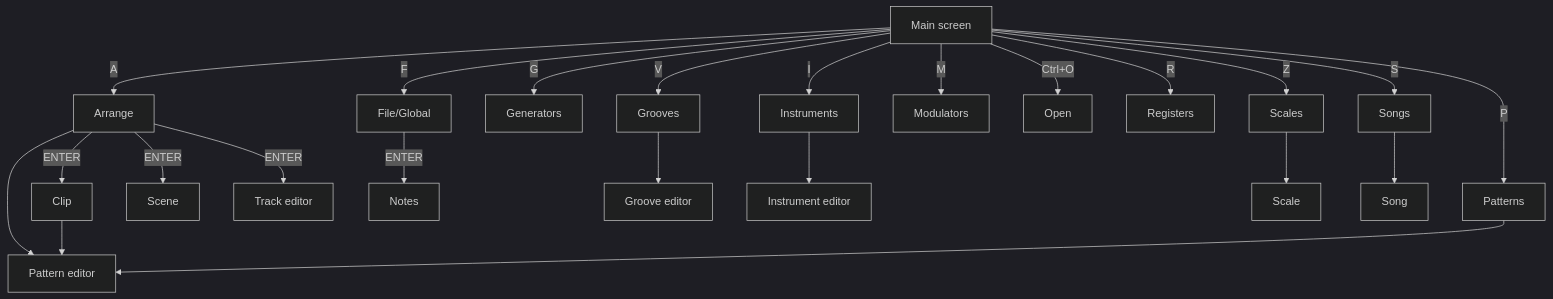
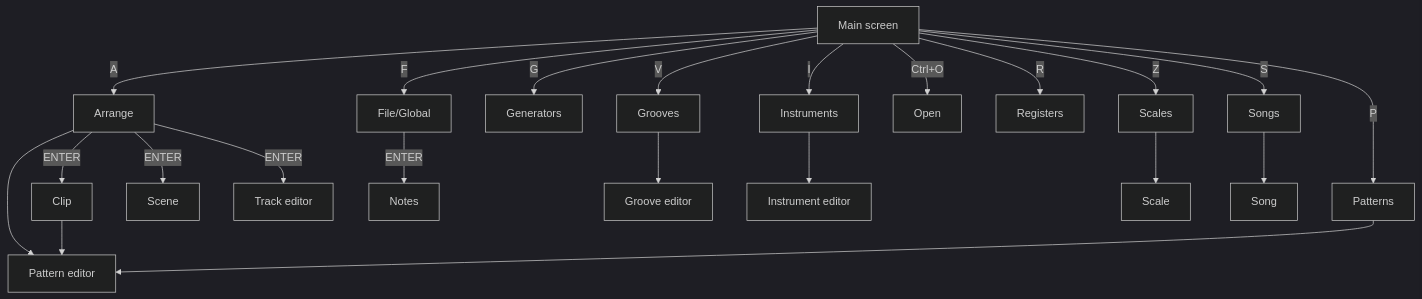
One commit to mpdehaan/llamatron changed the diagram in docs/GETTING_STARTED.md. Above: the diagram before and after it, drawn with Mermaid (dark theme). The commit also changed 57 other files, not shown here.

Commit message:
Modulators are removed: their page, their pattern rows, their reading in statements, their demo and their part of the set file; registers work as before, and the main screen keeps an empty cell where the Modulators button stood.

````diff
--- a/docs/GETTING_STARTED.md
+++ b/docs/GETTING_STARTED.md
@@ -91,46 +91,44 @@
 ```mermaid
 flowchart TD
     MainPage["Main screen"]
     ArrangePage["Arrange"]
     FilePage["File/Global"]
     GeneratorsPage["Generators"]
     GroovesPage["Grooves"]
     InstrumentsPage["Instruments"]
-    ModulatorsPage["Modulators"]
     OpenPage["Open"]
     PatternsPage["Patterns"]
     RegistersPage["Registers"]
     ScalesPage["Scales"]
     SongsPage["Songs"]
     ClipPage["Clip"]
     PatternEditor["Pattern editor"]
     ScenePage["Scene"]
     TrackEditor["Track editor"]
     NotesPage["Notes"]
     GrooveEditor["Groove editor"]
     InstrumentEditor["Instrument editor"]
     ScalePage["Scale"]
     SongPage["Song"]
     ArrangePage -- "ENTER" --> ClipPage
     ArrangePage --> PatternEditor
     ArrangePage -- "ENTER" --> ScenePage
     ArrangePage -- "ENTER" --> TrackEditor
     ClipPage --> PatternEditor
     FilePage -- "ENTER" --> NotesPage
     GroovesPage --> GrooveEditor
     InstrumentsPage --> InstrumentEditor
     MainPage -- "A" --> ArrangePage
     MainPage -- "F" --> FilePage
     MainPage -- "G" --> GeneratorsPage
     MainPage -- "V" --> GroovesPage
     MainPage -- "I" --> InstrumentsPage
-    MainPage -- "M" --> ModulatorsPage
     MainPage -- "Ctrl+O" --> OpenPage
     MainPage -- "P" --> PatternsPage
     MainPage -- "R" --> RegistersPage
     MainPage -- "Z" --> ScalesPage
     MainPage -- "S" --> SongsPage
     PatternsPage --> PatternEditor
     ScalesPage --> ScalePage
     SongsPage --> SongPage
 ```
````
